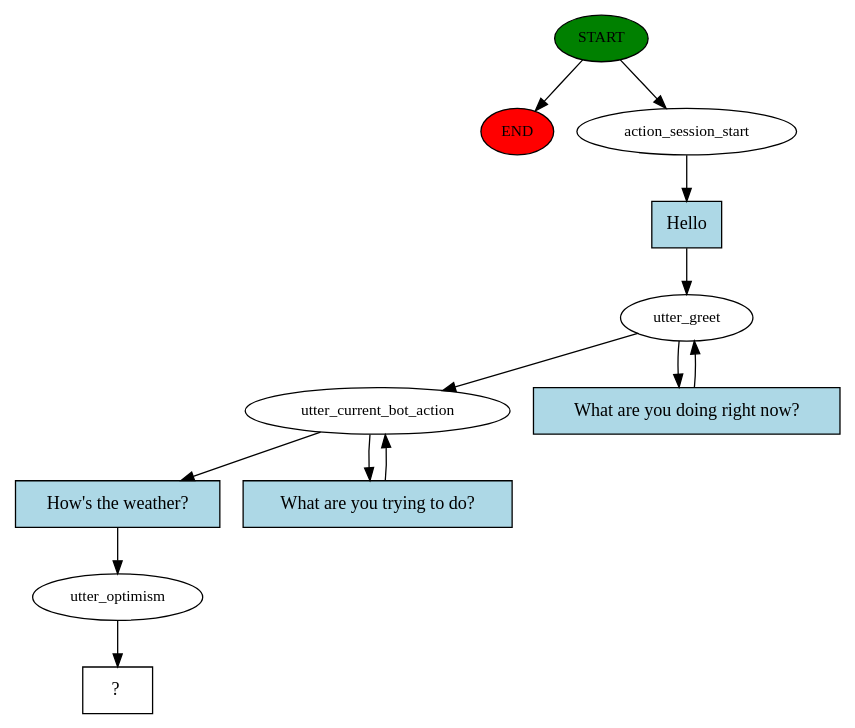
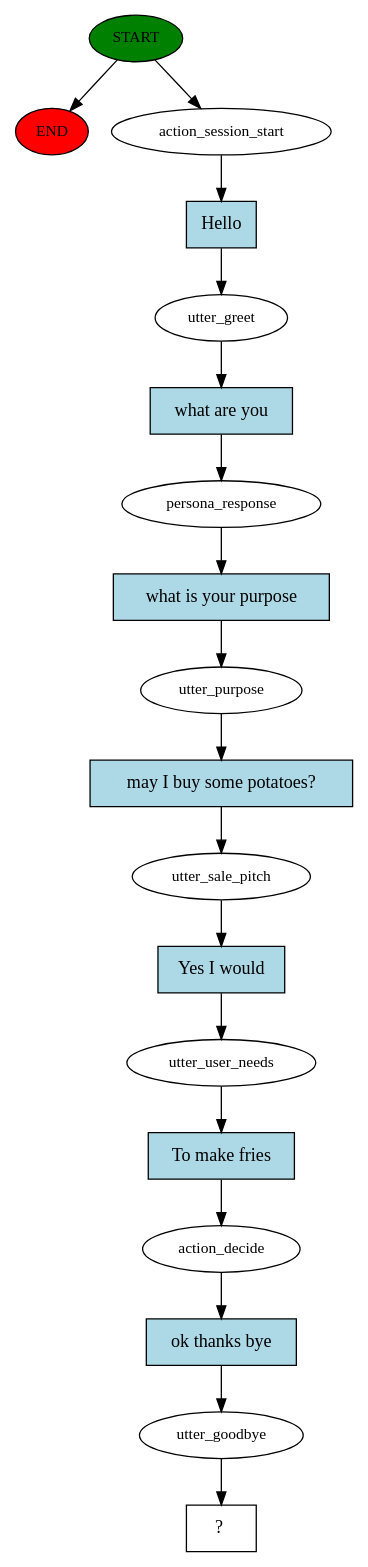
The diagram in rasa/story_graph.dot (KazeShikaru/ChatBot), drawn with Graphviz before and after one commit. The commit also changed 4 other files, not shown here.

```diff
--- a/rasa/story_graph.dot
+++ b/rasa/story_graph.dot
@@ -1,25 +1,37 @@
 digraph  {
 0 [class="start active", fillcolor=green, fontsize=12, label=START, style=filled];
 "-1" [class=end, fillcolor=red, fontsize=12, label=END, style=filled];
 1 [class=active, fontsize=12, label=action_session_start];
 2 [class=active, fontsize=12, label=utter_greet];
-4 [class=active, fontsize=12, label=utter_current_bot_action];
-6 [class=active, fontsize=12, label=utter_optimism];
-7 [class="intent dashed active", label="  ?  ", shape=rect];
-8 [class="intent active", fillcolor=lightblue, label=Hello, shape=rect, style=filled];
-9 [class="intent active", fillcolor=lightblue, label="What are you doing right now?", shape=rect, style=filled];
-10 [class="intent active", fillcolor=lightblue, label="How's the weather?", shape=rect, style=filled];
-11 [class="intent active", fillcolor=lightblue, label="What are you trying to do?", shape=rect, style=filled];
+3 [class=active, fontsize=12, label=persona_response];
+4 [class=active, fontsize=12, label=utter_purpose];
+5 [class=active, fontsize=12, label=utter_sale_pitch];
+6 [class=active, fontsize=12, label=utter_user_needs];
+7 [class=active, fontsize=12, label=action_decide];
+8 [class=active, fontsize=12, label=utter_goodbye];
+9 [class="intent dashed active", label="  ?  ", shape=rect];
+10 [class="intent active", fillcolor=lightblue, label=Hello, shape=rect, style=filled];
+11 [class="intent active", fillcolor=lightblue, label="what are you", shape=rect, style=filled];
+12 [class="intent active", fillcolor=lightblue, label="what is your purpose", shape=rect, style=filled];
+13 [class="intent active", fillcolor=lightblue, label="may I buy some potatoes?", shape=rect, style=filled];
+14 [class="intent active", fillcolor=lightblue, label="Yes I would", shape=rect, style=filled];
+15 [class="intent active", fillcolor=lightblue, label="To make fries", shape=rect, style=filled];
+16 [class="intent active", fillcolor=lightblue, label="ok thanks bye", shape=rect, style=filled];
 0 -> "-1"  [class="", key=NONE, label=""];
 0 -> 1  [class=active, key=NONE, label=""];
-1 -> 8  [class=active, key=0];
-2 -> 4  [class=active, key=NONE, label=""];
-2 -> 9  [class=active, key=0];
-4 -> 10  [class=active, key=0];
-4 -> 11  [class=active, key=0];
-6 -> 7  [class=active, key=NONE, label=""];
-8 -> 2  [class=active, key=0];
-9 -> 2  [class=active, key=0];
-10 -> 6  [class=active, key=0];
-11 -> 4  [class=active, key=0];
+1 -> 10  [class=active, key=0];
+2 -> 11  [class=active, key=0];
+3 -> 12  [class=active, key=0];
+4 -> 13  [class=active, key=0];
+5 -> 14  [class=active, key=0];
+6 -> 15  [class=active, key=0];
+7 -> 16  [class=active, key=0];
+8 -> 9  [class=active, key=NONE, label=""];
+10 -> 2  [class=active, key=0];
+11 -> 3  [class=active, key=0];
+12 -> 4  [class=active, key=0];
+13 -> 5  [class=active, key=0];
+14 -> 6  [class=active, key=0];
+15 -> 7  [class=active, key=0];
+16 -> 8  [class=active, key=0];
 }
```
